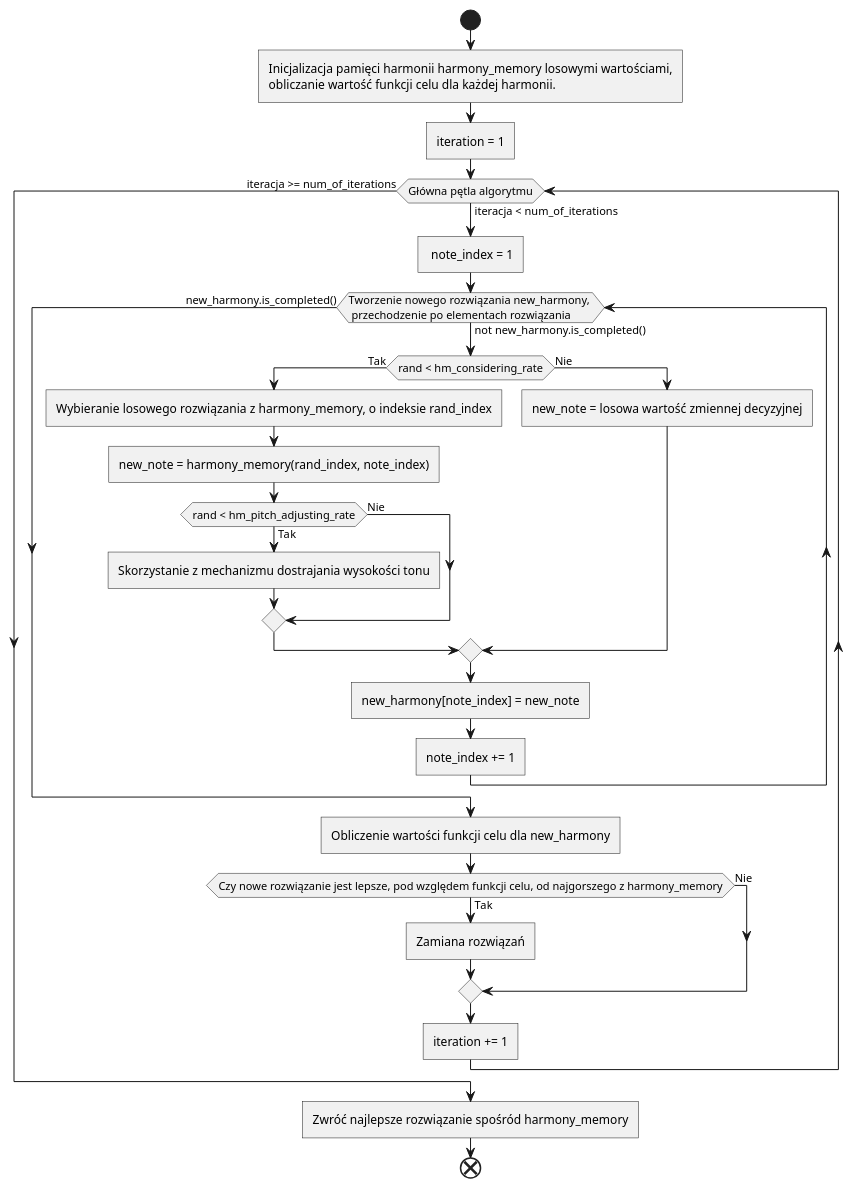
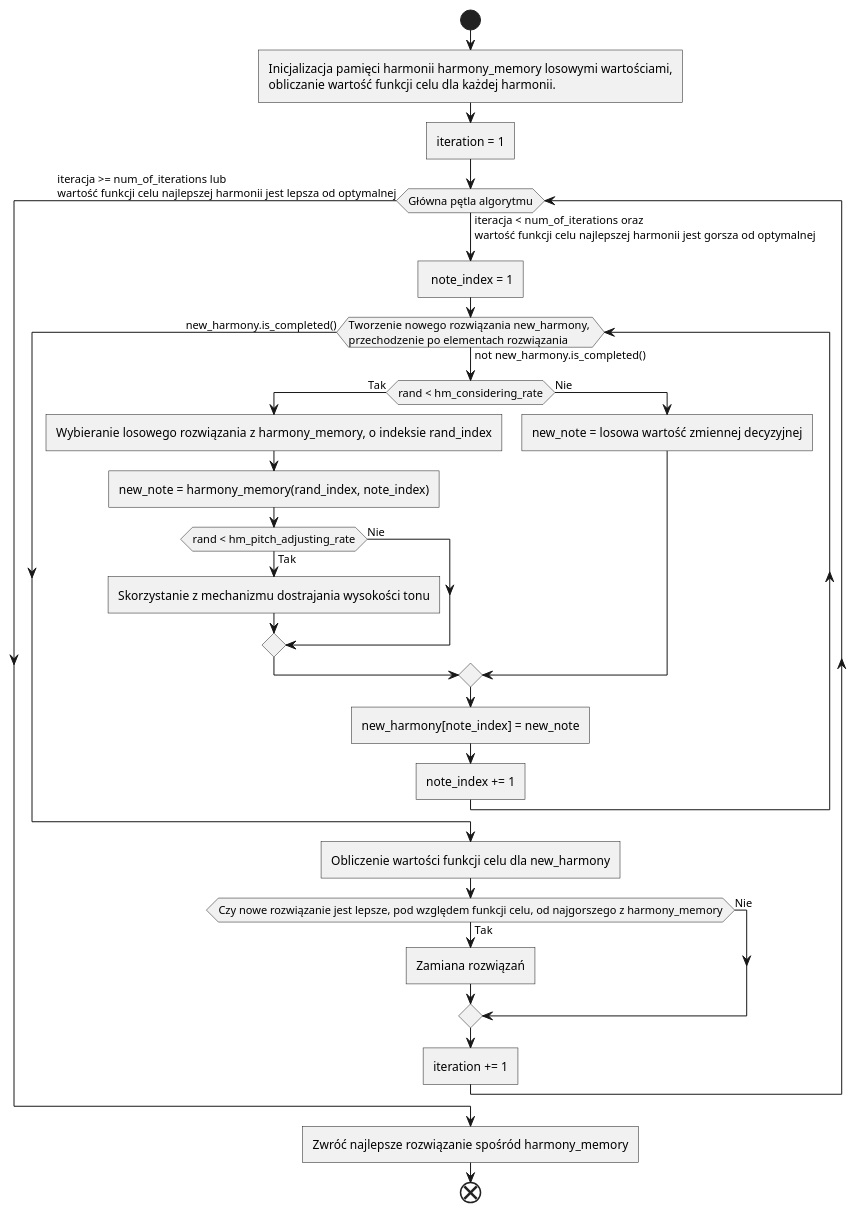
Before and after one commit to ar-kaleta/HarmonySearchAlgorithm: the diagram in ActivityDiagram.puml, drawn with PlantUML. The commit also changed 8 other files, not shown here.

```diff
--- a/ActivityDiagram.puml
+++ b/ActivityDiagram.puml
@@ -1,38 +1,38 @@
 @startumlodnie z
 start
 :Inicjalizacja pamięci harmonii harmony_memory losowymi wartościami,
 obliczanie wartość funkcji celu dla każdej harmonii.]
 :iteration = 1]
-while(Główna pętla algorytmu) is (iteracja < num_of_iterations)
+while(Główna pętla algorytmu) is (iteracja < num_of_iterations oraz \nwartość funkcji celu najlepszej harmonii jest gorsza od optymalnej)
     : note_index = 1]
-    while(Tworzenie nowego rozwiązania new_harmony, \n przechodzenie po elementach rozwiązania) is (not new_harmony.is_completed())
+    while(Tworzenie nowego rozwiązania new_harmony, \nprzechodzenie po elementach rozwiązania) is (not new_harmony.is_completed())
 
         if (rand < hm_considering_rate) then (Tak)
             :Wybieranie losowego rozwiązania z harmony_memory, o indeksie rand_index]
             :new_note = harmony_memory(rand_index, note_index)]
             if (rand < hm_pitch_adjusting_rate) then (Tak)
                 :Skorzystanie z mechanizmu dostrajania wysokości tonu]
             else(Nie)
             endif
 
         else(Nie)
             :new_note = losowa wartość zmiennej decyzyjnej]
         endif
         :new_harmony[note_index] = new_note]
         :note_index += 1]
 
     endwhile (new_harmony.is_completed())
     :Obliczenie wartości funkcji celu dla new_harmony]
     if (Czy nowe rozwiązanie jest lepsze, pod względem funkcji celu, od najgorszego z harmony_memory) then (Tak)
         :Zamiana rozwiązań]
     else(Nie)
     endif
 
     :iteration += 1]
 
-endwhile (iteracja >= num_of_iterations)
+endwhile (iteracja >= num_of_iterations lub \nwartość funkcji celu najlepszej harmonii jest lepsza od optymalnej)
 
 :Zwróć najlepsze rozwiązanie spośród harmony_memory]
 
 end
 @enduml
```
